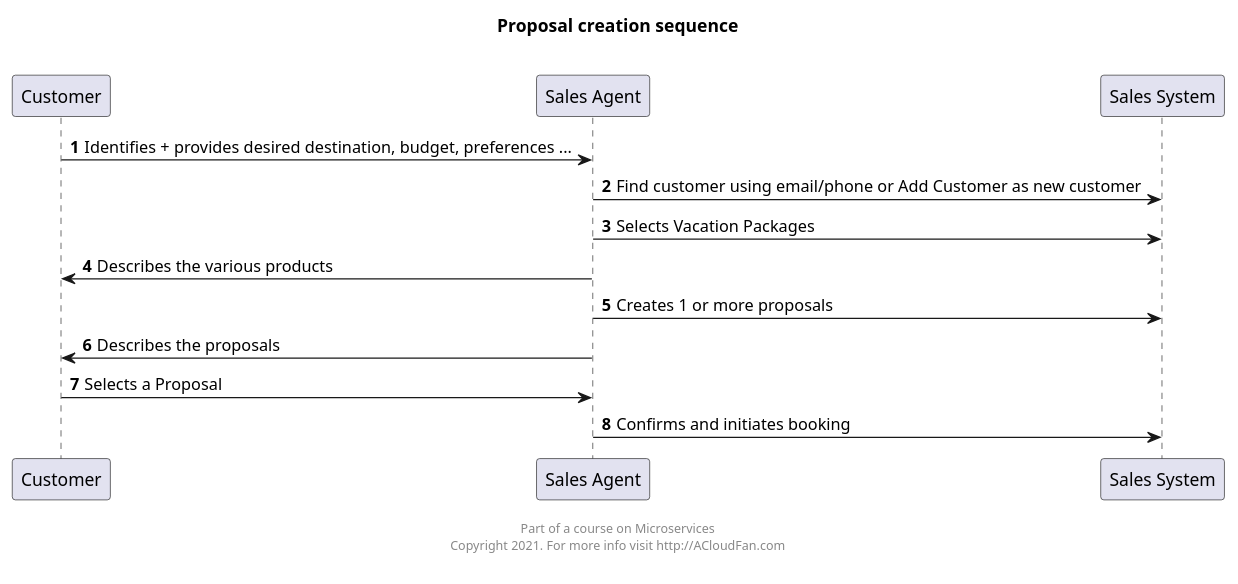
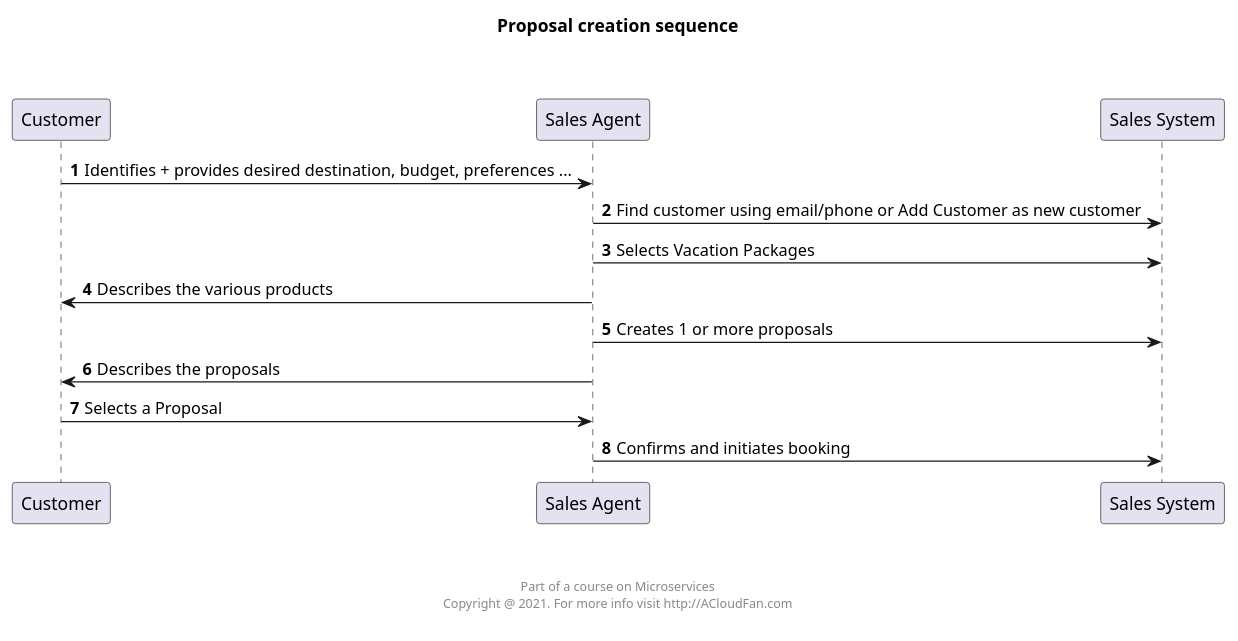
Before and after one commit to acloudfan/MSFA-ACME-Sales-vdraft: the diagram in uml/proposal.sequence.puml, drawn with PlantUML. The commit also changed 22 other files, not shown here.

```diff
--- a/uml/proposal.sequence.puml
+++ b/uml/proposal.sequence.puml
@@ -1,22 +1,22 @@
 @startuml
-
-title Proposal creation sequence\n
-
 
 autonumber
 Customer -> "Sales Agent" : Identifies + provides desired destination, budget, preferences ...
 
 "Sales Agent" -> "Sales System" : Find customer using email/phone or Add Customer as new customer
+
 "Sales Agent" -> "Sales System" : Selects Vacation Packages
 
 "Sales Agent" -> "Customer" : Describes the various products
+
 "Sales Agent" -> "Sales System" : Creates 1 or more proposals
 
 "Sales Agent" -> "Customer" : Describes the proposals
 
 "Customer" -> "Sales Agent" : Selects a Proposal
 
 "Sales Agent" -> "Sales System" : Confirms and initiates booking
 
-footer \n Part of a course on Microservices \n Copyright 2021. For more info visit http://ACloudFan.com \n
+title Proposal creation sequence\n\n
+footer \n\n\n Part of a course on Microservices \n Copyright @ 2021. For more info visit http://ACloudFan.com \n
 @enduml
```
